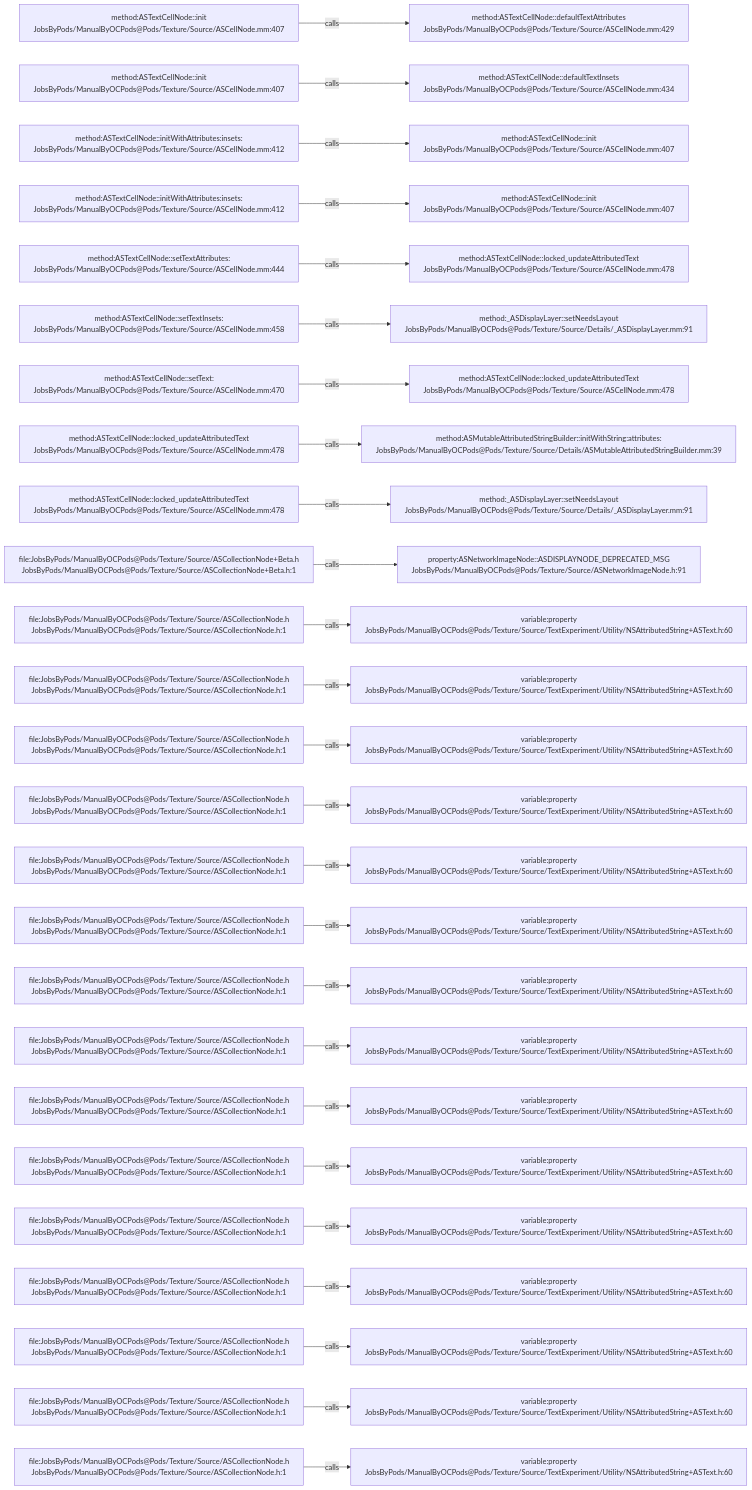
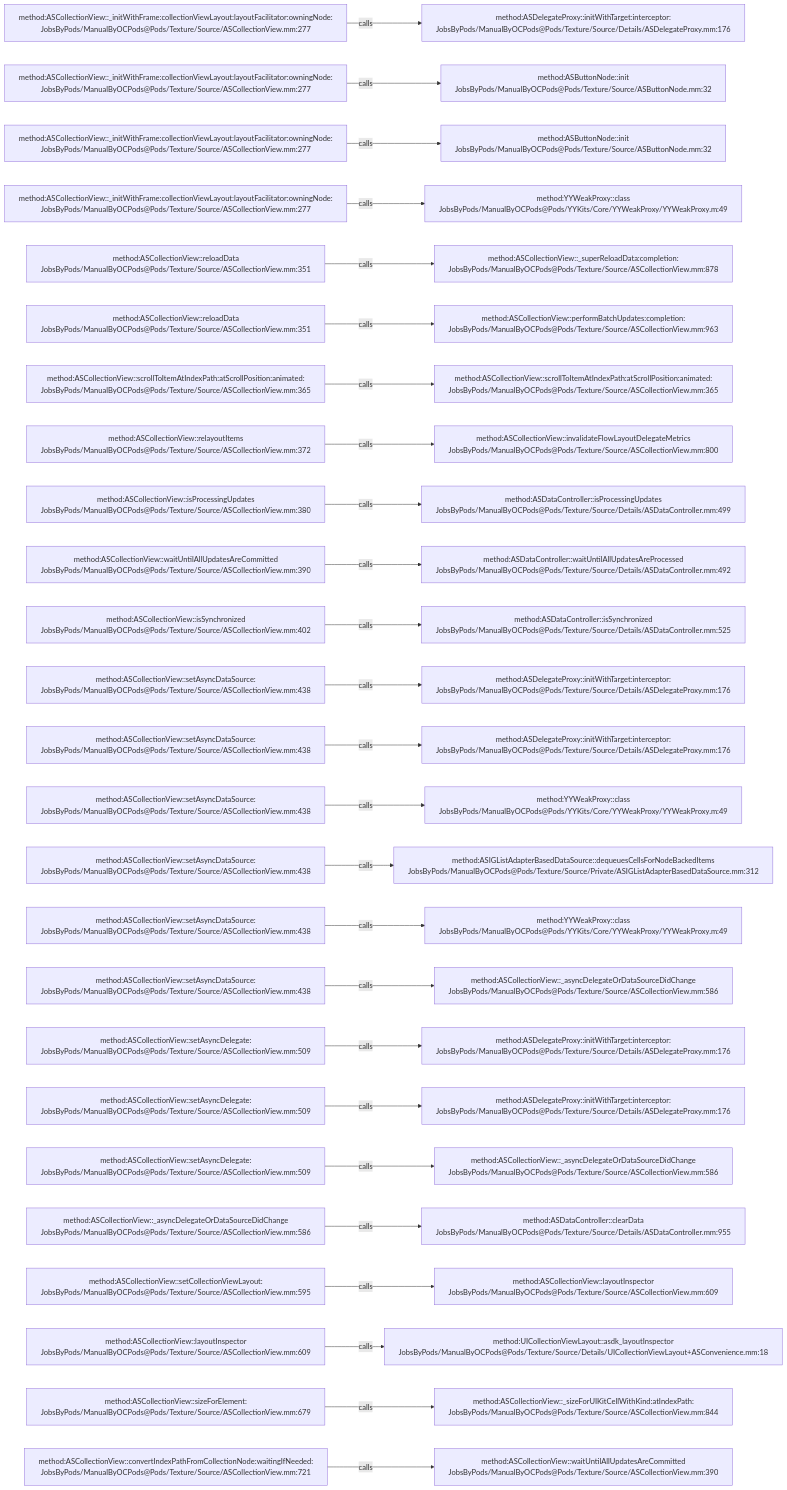
The diagram in .codegraph/codegraph.md/graphs/calls-072.md (JobsKits/JobsOCBaseConfigDemo), drawn with Mermaid before and after one commit. The commit also changed 1448 other files, not shown here.

````diff
--- a/.codegraph/codegraph.md/graphs/calls-072.md
+++ b/.codegraph/codegraph.md/graphs/calls-072.md
@@ -13,78 +13,78 @@
 ```mermaid
 flowchart LR
-  S1["method:ASTextCellNode::init<br/>JobsByPods/ManualByOCPods@Pods/Texture/Source/ASCellNode.mm:407"]
-  T1["method:ASTextCellNode::defaultTextAttributes<br/>JobsByPods/ManualByOCPods@Pods/Texture/Source/ASCellNode.mm:429"]
+  S1["method:ASCollectionView::_initWithFrame:collectionViewLayout:layoutFacilitator:owningNode:<br/>JobsByPods/ManualByOCPods@Pods/Texture/Source/ASCollectionView.mm:277"]
+  T1["method:ASDelegateProxy::initWithTarget:interceptor:<br/>JobsByPods/ManualByOCPods@Pods/Texture/Source/Details/ASDelegateProxy.mm:176"]
   S1 -->|calls| T1
-  S2["method:ASTextCellNode::init<br/>JobsByPods/ManualByOCPods@Pods/Texture/Source/ASCellNode.mm:407"]
-  T2["method:ASTextCellNode::defaultTextInsets<br/>JobsByPods/ManualByOCPods@Pods/Texture/Source/ASCellNode.mm:434"]
+  S2["method:ASCollectionView::_initWithFrame:collectionViewLayout:layoutFacilitator:owningNode:<br/>JobsByPods/ManualByOCPods@Pods/Texture/Source/ASCollectionView.mm:277"]
+  T2["method:ASButtonNode::init<br/>JobsByPods/ManualByOCPods@Pods/Texture/Source/ASButtonNode.mm:32"]
   S2 -->|calls| T2
-  S3["method:ASTextCellNode::initWithAttributes:insets:<br/>JobsByPods/ManualByOCPods@Pods/Texture/Source/ASCellNode.mm:412"]
-  T3["method:ASTextCellNode::init<br/>JobsByPods/ManualByOCPods@Pods/Texture/Source/ASCellNode.mm:407"]
+  S3["method:ASCollectionView::_initWithFrame:collectionViewLayout:layoutFacilitator:owningNode:<br/>JobsByPods/ManualByOCPods@Pods/Texture/Source/ASCollectionView.mm:277"]
+  T3["method:ASButtonNode::init<br/>JobsByPods/ManualByOCPods@Pods/Texture/Source/ASButtonNode.mm:32"]
   S3 -->|calls| T3
-  S4["method:ASTextCellNode::initWithAttributes:insets:<br/>JobsByPods/ManualByOCPods@Pods/Texture/Source/ASCellNode.mm:412"]
-  T4["method:ASTextCellNode::init<br/>JobsByPods/ManualByOCPods@Pods/Texture/Source/ASCellNode.mm:407"]
+  S4["method:ASCollectionView::_initWithFrame:collectionViewLayout:layoutFacilitator:owningNode:<br/>JobsByPods/ManualByOCPods@Pods/Texture/Source/ASCollectionView.mm:277"]
+  T4["method:YYWeakProxy::class<br/>JobsByPods/ManualByOCPods@Pods/YYKits/Core/YYWeakProxy/YYWeakProxy.m:49"]
   S4 -->|calls| T4
-  S5["method:ASTextCellNode::setTextAttributes:<br/>JobsByPods/ManualByOCPods@Pods/Texture/Source/ASCellNode.mm:444"]
-  T5["method:ASTextCellNode::locked_updateAttributedText<br/>JobsByPods/ManualByOCPods@Pods/Texture/Source/ASCellNode.mm:478"]
+  S5["method:ASCollectionView::reloadData<br/>JobsByPods/ManualByOCPods@Pods/Texture/Source/ASCollectionView.mm:351"]
+  T5["method:ASCollectionView::_superReloadData:completion:<br/>JobsByPods/ManualByOCPods@Pods/Texture/Source/ASCollectionView.mm:878"]
   S5 -->|calls| T5
-  S6["method:ASTextCellNode::setTextInsets:<br/>JobsByPods/ManualByOCPods@Pods/Texture/Source/ASCellNode.mm:458"]
-  T6["method:_ASDisplayLayer::setNeedsLayout<br/>JobsByPods/ManualByOCPods@Pods/Texture/Source/Details/_ASDisplayLayer.mm:91"]
+  S6["method:ASCollectionView::reloadData<br/>JobsByPods/ManualByOCPods@Pods/Texture/Source/ASCollectionView.mm:351"]
+  T6["method:ASCollectionView::performBatchUpdates:completion:<br/>JobsByPods/ManualByOCPods@Pods/Texture/Source/ASCollectionView.mm:963"]
   S6 -->|calls| T6
-  S7["method:ASTextCellNode::setText:<br/>JobsByPods/ManualByOCPods@Pods/Texture/Source/ASCellNode.mm:470"]
-  T7["method:ASTextCellNode::locked_updateAttributedText<br/>JobsByPods/ManualByOCPods@Pods/Texture/Source/ASCellNode.mm:478"]
+  S7["method:ASCollectionView::scrollToItemAtIndexPath:atScrollPosition:animated:<br/>JobsByPods/ManualByOCPods@Pods/Texture/Source/ASCollectionView.mm:365"]
+  T7["method:ASCollectionView::scrollToItemAtIndexPath:atScrollPosition:animated:<br/>JobsByPods/ManualByOCPods@Pods/Texture/Source/ASCollectionView.mm:365"]
   S7 -->|calls| T7
-  S8["method:ASTextCellNode::locked_updateAttributedText<br/>JobsByPods/ManualByOCPods@Pods/Texture/Source/ASCellNode.mm:478"]
-  T8["method:ASMutableAttributedStringBuilder::initWithString:attributes:<br/>JobsByPods/ManualByOCPods@Pods/Texture/Source/Details/ASMutableAttributedStringBuilder.mm:39"]
+  S8["method:ASCollectionView::relayoutItems<br/>JobsByPods/ManualByOCPods@Pods/Texture/Source/ASCollectionView.mm:372"]
+  T8["method:ASCollectionView::invalidateFlowLayoutDelegateMetrics<br/>JobsByPods/ManualByOCPods@Pods/Texture/Source/ASCollectionView.mm:800"]
   S8 -->|calls| T8
-  S9["method:ASTextCellNode::locked_updateAttributedText<br/>JobsByPods/ManualByOCPods@Pods/Texture/Source/ASCellNode.mm:478"]
-  T9["method:_ASDisplayLayer::setNeedsLayout<br/>JobsByPods/ManualByOCPods@Pods/Texture/Source/Details/_ASDisplayLayer.mm:91"]
+  S9["method:ASCollectionView::isProcessingUpdates<br/>JobsByPods/ManualByOCPods@Pods/Texture/Source/ASCollectionView.mm:380"]
+  T9["method:ASDataController::isProcessingUpdates<br/>JobsByPods/ManualByOCPods@Pods/Texture/Source/Details/ASDataController.mm:499"]
   S9 -->|calls| T9
-  S10["file:JobsByPods/ManualByOCPods@Pods/Texture/Source/ASCollectionNode+Beta.h<br/>JobsByPods/ManualByOCPods@Pods/Texture/Source/ASCollectionNode+Beta.h:1"]
-  T10["property:ASNetworkImageNode::ASDISPLAYNODE_DEPRECATED_MSG<br/>JobsByPods/ManualByOCPods@Pods/Texture/Source/ASNetworkImageNode.h:91"]
+  S10["method:ASCollectionView::waitUntilAllUpdatesAreCommitted<br/>JobsByPods/ManualByOCPods@Pods/Texture/Source/ASCollectionView.mm:390"]
+  T10["method:ASDataController::waitUntilAllUpdatesAreProcessed<br/>JobsByPods/ManualByOCPods@Pods/Texture/Source/Details/ASDataController.mm:492"]
   S10 -->|calls| T10
-  S11["file:JobsByPods/ManualByOCPods@Pods/Texture/Source/ASCollectionNode.h<br/>JobsByPods/ManualByOCPods@Pods/Texture/Source/ASCollectionNode.h:1"]
-  T11["variable:property<br/>JobsByPods/ManualByOCPods@Pods/Texture/Source/TextExperiment/Utility/NSAttributedString+ASText.h:60"]
+  S11["method:ASCollectionView::isSynchronized<br/>JobsByPods/ManualByOCPods@Pods/Texture/Source/ASCollectionView.mm:402"]
+  T11["method:ASDataController::isSynchronized<br/>JobsByPods/ManualByOCPods@Pods/Texture/Source/Details/ASDataController.mm:525"]
   S11 -->|calls| T11
-  S12["file:JobsByPods/ManualByOCPods@Pods/Texture/Source/ASCollectionNode.h<br/>JobsByPods/ManualByOCPods@Pods/Texture/Source/ASCollectionNode.h:1"]
-  T12["variable:property<br/>JobsByPods/ManualByOCPods@Pods/Texture/Source/TextExperiment/Utility/NSAttributedString+ASText.h:60"]
+  S12["method:ASCollectionView::setAsyncDataSource:<br/>JobsByPods/ManualByOCPods@Pods/Texture/Source/ASCollectionView.mm:438"]
+  T12["method:ASDelegateProxy::initWithTarget:interceptor:<br/>JobsByPods/ManualByOCPods@Pods/Texture/Source/Details/ASDelegateProxy.mm:176"]
   S12 -->|calls| T12
-  S13["file:JobsByPods/ManualByOCPods@Pods/Texture/Source/ASCollectionNode.h<br/>JobsByPods/ManualByOCPods@Pods/Texture/Source/ASCollectionNode.h:1"]
-  T13["variable:property<br/>JobsByPods/ManualByOCPods@Pods/Texture/Source/TextExperiment/Utility/NSAttributedString+ASText.h:60"]
+  S13["method:ASCollectionView::setAsyncDataSource:<br/>JobsByPods/ManualByOCPods@Pods/Texture/Source/ASCollectionView.mm:438"]
+  T13["method:ASDelegateProxy::initWithTarget:interceptor:<br/>JobsByPods/ManualByOCPods@Pods/Texture/Source/Details/ASDelegateProxy.mm:176"]
   S13 -->|calls| T13
-  S14["file:JobsByPods/ManualByOCPods@Pods/Texture/Source/ASCollectionNode.h<br/>JobsByPods/ManualByOCPods@Pods/Texture/Source/ASCollectionNode.h:1"]
-  T14["variable:property<br/>JobsByPods/ManualByOCPods@Pods/Texture/Source/TextExperiment/Utility/NSAttributedString+ASText.h:60"]
+  S14["method:ASCollectionView::setAsyncDataSource:<br/>JobsByPods/ManualByOCPods@Pods/Texture/Source/ASCollectionView.mm:438"]
+  T14["method:YYWeakProxy::class<br/>JobsByPods/ManualByOCPods@Pods/YYKits/Core/YYWeakProxy/YYWeakProxy.m:49"]
   S14 -->|calls| T14
-  S15["file:JobsByPods/ManualByOCPods@Pods/Texture/Source/ASCollectionNode.h<br/>JobsByPods/ManualByOCPods@Pods/Texture/Source/ASCollectionNode.h:1"]
-  T15["variable:property<br/>JobsByPods/ManualByOCPods@Pods/Texture/Source/TextExperiment/Utility/NSAttributedString+ASText.h:60"]
+  S15["method:ASCollectionView::setAsyncDataSource:<br/>JobsByPods/ManualByOCPods@Pods/Texture/Source/ASCollectionView.mm:438"]
+  T15["method:ASIGListAdapterBasedDataSource::dequeuesCellsForNodeBackedItems<br/>JobsByPods/ManualByOCPods@Pods/Texture/Source/Private/ASIGListAdapterBasedDataSource.mm:312"]
   S15 -->|calls| T15
-  S16["file:JobsByPods/ManualByOCPods@Pods/Texture/Source/ASCollectionNode.h<br/>JobsByPods/ManualByOCPods@Pods/Texture/Source/ASCollectionNode.h:1"]
-  T16["variable:property<br/>JobsByPods/ManualByOCPods@Pods/Texture/Source/TextExperiment/Utility/NSAttributedString+ASText.h:60"]
+  S16["method:ASCollectionView::setAsyncDataSource:<br/>JobsByPods/ManualByOCPods@Pods/Texture/Source/ASCollectionView.mm:438"]
+  T16["method:YYWeakProxy::class<br/>JobsByPods/ManualByOCPods@Pods/YYKits/Core/YYWeakProxy/YYWeakProxy.m:49"]
   S16 -->|calls| T16
-  S17["file:JobsByPods/ManualByOCPods@Pods/Texture/Source/ASCollectionNode.h<br/>JobsByPods/ManualByOCPods@Pods/Texture/Source/ASCollectionNode.h:1"]
-  T17["variable:property<br/>JobsByPods/ManualByOCPods@Pods/Texture/Source/TextExperiment/Utility/NSAttributedString+ASText.h:60"]
+  S17["method:ASCollectionView::setAsyncDataSource:<br/>JobsByPods/ManualByOCPods@Pods/Texture/Source/ASCollectionView.mm:438"]
+  T17["method:ASCollectionView::_asyncDelegateOrDataSourceDidChange<br/>JobsByPods/ManualByOCPods@Pods/Texture/Source/ASCollectionView.mm:586"]
   S17 -->|calls| T17
-  S18["file:JobsByPods/ManualByOCPods@Pods/Texture/Source/ASCollectionNode.h<br/>JobsByPods/ManualByOCPods@Pods/Texture/Source/ASCollectionNode.h:1"]
-  T18["variable:property<br/>JobsByPods/ManualByOCPods@Pods/Texture/Source/TextExperiment/Utility/NSAttributedString+ASText.h:60"]
+  S18["method:ASCollectionView::setAsyncDelegate:<br/>JobsByPods/ManualByOCPods@Pods/Texture/Source/ASCollectionView.mm:509"]
+  T18["method:ASDelegateProxy::initWithTarget:interceptor:<br/>JobsByPods/ManualByOCPods@Pods/Texture/Source/Details/ASDelegateProxy.mm:176"]
   S18 -->|calls| T18
-  S19["file:JobsByPods/ManualByOCPods@Pods/Texture/Source/ASCollectionNode.h<br/>JobsByPods/ManualByOCPods@Pods/Texture/Source/ASCollectionNode.h:1"]
-  T19["variable:property<br/>JobsByPods/ManualByOCPods@Pods/Texture/Source/TextExperiment/Utility/NSAttributedString+ASText.h:60"]
+  S19["method:ASCollectionView::setAsyncDelegate:<br/>JobsByPods/ManualByOCPods@Pods/Texture/Source/ASCollectionView.mm:509"]
+  T19["method:ASDelegateProxy::initWithTarget:interceptor:<br/>JobsByPods/ManualByOCPods@Pods/Texture/Source/Details/ASDelegateProxy.mm:176"]
   S19 -->|calls| T19
-  S20["file:JobsByPods/ManualByOCPods@Pods/Texture/Source/ASCollectionNode.h<br/>JobsByPods/ManualByOCPods@Pods/Texture/Source/ASCollectionNode.h:1"]
-  T20["variable:property<br/>JobsByPods/ManualByOCPods@Pods/Texture/Source/TextExperiment/Utility/NSAttributedString+ASText.h:60"]
+  S20["method:ASCollectionView::setAsyncDelegate:<br/>JobsByPods/ManualByOCPods@Pods/Texture/Source/ASCollectionView.mm:509"]
+  T20["method:ASCollectionView::_asyncDelegateOrDataSourceDidChange<br/>JobsByPods/ManualByOCPods@Pods/Texture/Source/ASCollectionView.mm:586"]
   S20 -->|calls| T20
-  S21["file:JobsByPods/ManualByOCPods@Pods/Texture/Source/ASCollectionNode.h<br/>JobsByPods/ManualByOCPods@Pods/Texture/Source/ASCollectionNode.h:1"]
-  T21["variable:property<br/>JobsByPods/ManualByOCPods@Pods/Texture/Source/TextExperiment/Utility/NSAttributedString+ASText.h:60"]
+  S21["method:ASCollectionView::_asyncDelegateOrDataSourceDidChange<br/>JobsByPods/ManualByOCPods@Pods/Texture/Source/ASCollectionView.mm:586"]
+  T21["method:ASDataController::clearData<br/>JobsByPods/ManualByOCPods@Pods/Texture/Source/Details/ASDataController.mm:955"]
   S21 -->|calls| T21
-  S22["file:JobsByPods/ManualByOCPods@Pods/Texture/Source/ASCollectionNode.h<br/>JobsByPods/ManualByOCPods@Pods/Texture/Source/ASCollectionNode.h:1"]
-  T22["variable:property<br/>JobsByPods/ManualByOCPods@Pods/Texture/Source/TextExperiment/Utility/NSAttributedString+ASText.h:60"]
+  S22["method:ASCollectionView::setCollectionViewLayout:<br/>JobsByPods/ManualByOCPods@Pods/Texture/Source/ASCollectionView.mm:595"]
+  T22["method:ASCollectionView::layoutInspector<br/>JobsByPods/ManualByOCPods@Pods/Texture/Source/ASCollectionView.mm:609"]
   S22 -->|calls| T22
-  S23["file:JobsByPods/ManualByOCPods@Pods/Texture/Source/ASCollectionNode.h<br/>JobsByPods/ManualByOCPods@Pods/Texture/Source/ASCollectionNode.h:1"]
-  T23["variable:property<br/>JobsByPods/ManualByOCPods@Pods/Texture/Source/TextExperiment/Utility/NSAttributedString+ASText.h:60"]
+  S23["method:ASCollectionView::layoutInspector<br/>JobsByPods/ManualByOCPods@Pods/Texture/Source/ASCollectionView.mm:609"]
+  T23["method:UICollectionViewLayout::asdk_layoutInspector<br/>JobsByPods/ManualByOCPods@Pods/Texture/Source/Details/UICollectionViewLayout+ASConvenience.mm:18"]
   S23 -->|calls| T23
-  S24["file:JobsByPods/ManualByOCPods@Pods/Texture/Source/ASCollectionNode.h<br/>JobsByPods/ManualByOCPods@Pods/Texture/Source/ASCollectionNode.h:1"]
-  T24["variable:property<br/>JobsByPods/ManualByOCPods@Pods/Texture/Source/TextExperiment/Utility/NSAttributedString+ASText.h:60"]
+  S24["method:ASCollectionView::sizeForElement:<br/>JobsByPods/ManualByOCPods@Pods/Texture/Source/ASCollectionView.mm:679"]
+  T24["method:ASCollectionView::_sizeForUIKitCellWithKind:atIndexPath:<br/>JobsByPods/ManualByOCPods@Pods/Texture/Source/ASCollectionView.mm:844"]
   S24 -->|calls| T24
-  S25["file:JobsByPods/ManualByOCPods@Pods/Texture/Source/ASCollectionNode.h<br/>JobsByPods/ManualByOCPods@Pods/Texture/Source/ASCollectionNode.h:1"]
-  T25["variable:property<br/>JobsByPods/ManualByOCPods@Pods/Texture/Source/TextExperiment/Utility/NSAttributedString+ASText.h:60"]
+  S25["method:ASCollectionView::convertIndexPathFromCollectionNode:waitingIfNeeded:<br/>JobsByPods/ManualByOCPods@Pods/Texture/Source/ASCollectionView.mm:721"]
+  T25["method:ASCollectionView::waitUntilAllUpdatesAreCommitted<br/>JobsByPods/ManualByOCPods@Pods/Texture/Source/ASCollectionView.mm:390"]
   S25 -->|calls| T25
 ```
````
